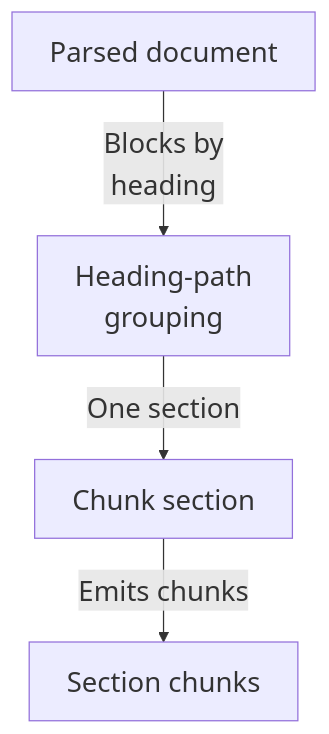
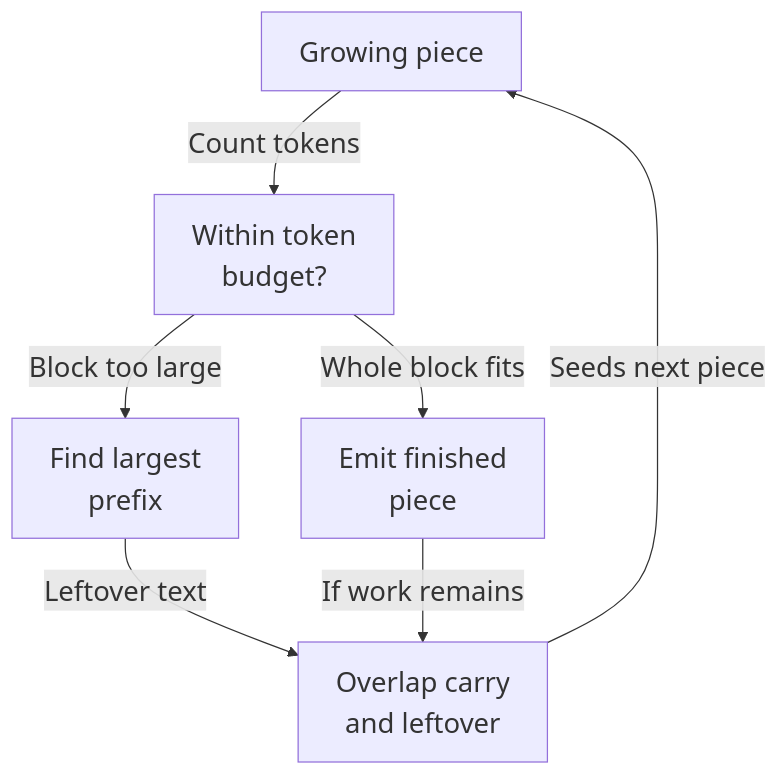
Before and after one commit to Justin-Mendoza/Afterclass: the second of 4 diagrams in maps/ingestion/README.md, drawn with Mermaid. The commit also changed other lines of this file and 91 other files, not shown here.

````diff
--- a/maps/ingestion/README.md
+++ b/maps/ingestion/README.md
@@ -69,11 +63,15 @@
 ```mermaid
 %%{init: {"themeVariables": {"fontSize": "22px"}}}%%
 flowchart TD
-  n0["Parsed document"]
-  n1["Heading-path<br/>grouping"]
-  n2["Chunk section"]
-  n3["Section chunks"]
-  n0 -->|"Blocks by<br/>heading"| n1
-  n1 -->|"One section"| n2
-  n2 -->|"Emits chunks"| n3
+  n0["Growing piece"]
+  n1["Within token<br/>budget?"]
+  n2["Find largest<br/>prefix"]
+  n3["Emit finished<br/>piece"]
+  n4["Overlap carry<br/>and leftover"]
+  n0 -->|"Count tokens"| n1
+  n1 -->|"Whole block fits"| n3
+  n1 -->|"Block too large"| n2
+  n2 -->|"Leftover text"| n4
+  n3 -->|"If work remains"| n4
+  n4 -->|"Seeds next piece"| n0
 ```
````
